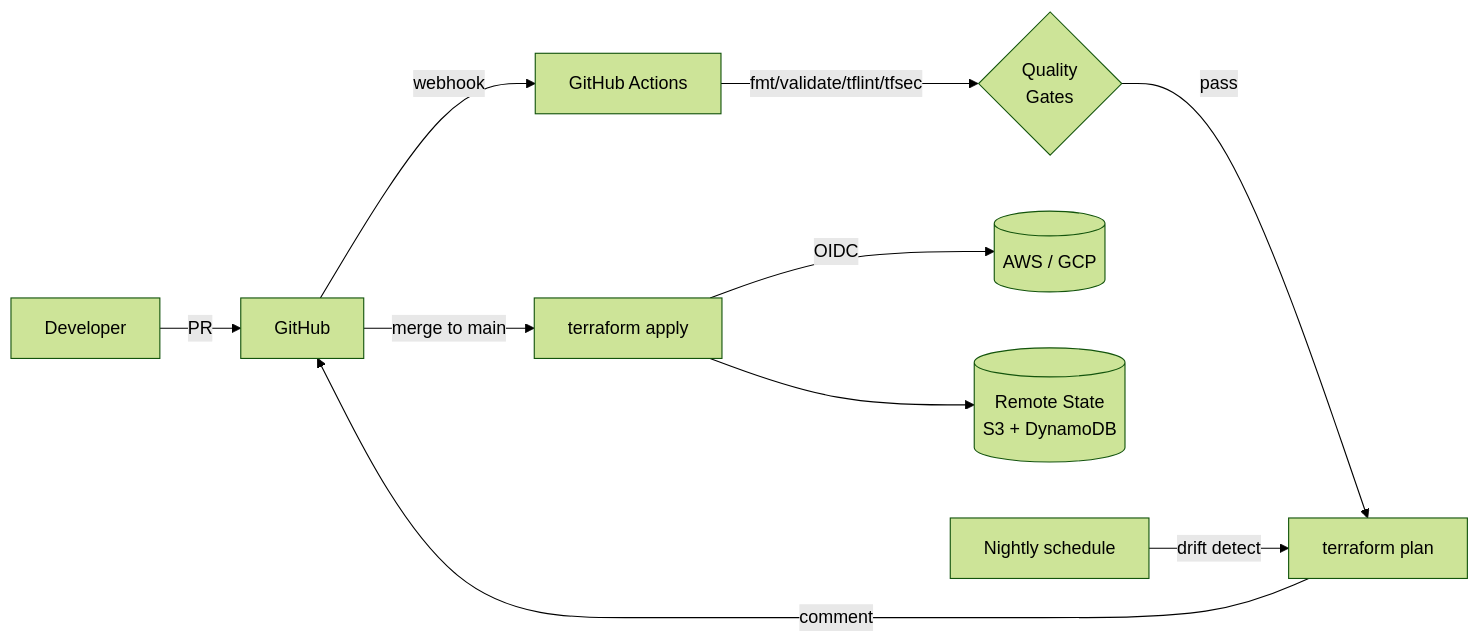
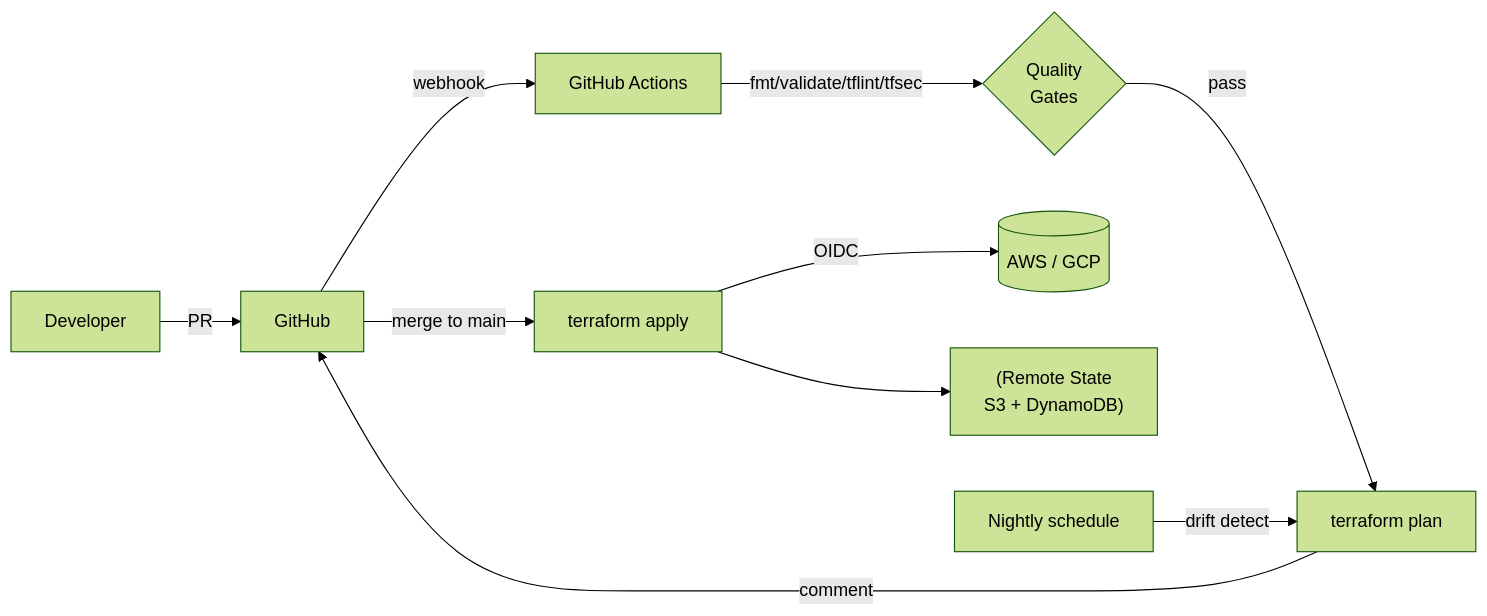
Before and after one commit to srinivaskona7/devops-learning: the diagram in 07-terraform/14-best-practices/README.md, drawn with Mermaid (forest theme). The commit also changed other lines of this file and 220 other files, not shown here.

````diff
--- a/07-terraform/14-best-practices/README.md
+++ b/07-terraform/14-best-practices/README.md
@@ -125,12 +125,12 @@
 ```mermaid
 flowchart LR
     Dev[Developer] -->|PR| GH[GitHub]
     GH -->|webhook| GA[GitHub Actions]
     GA -->|fmt/validate/tflint/tfsec| QG{Quality<br/>Gates}
     QG -->|pass| PL[terraform plan]
     PL -->|comment| GH
     GH -->|merge to main| AP[terraform apply]
     AP -->|OIDC| AWS[(AWS / GCP)]
-    AP --> ST[(Remote State<br/>S3 + DynamoDB)]
+    AP --> ST["(Remote State<br/>S3 + DynamoDB)"]
     SCH[Nightly schedule] -->|drift detect| PL
 ```
````
